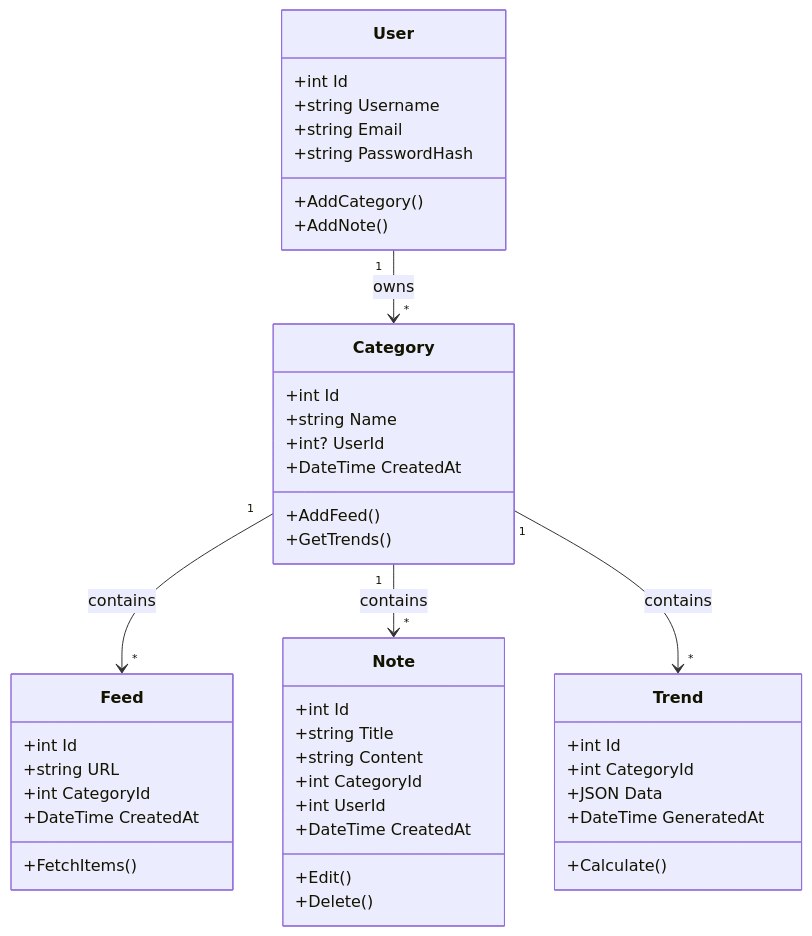
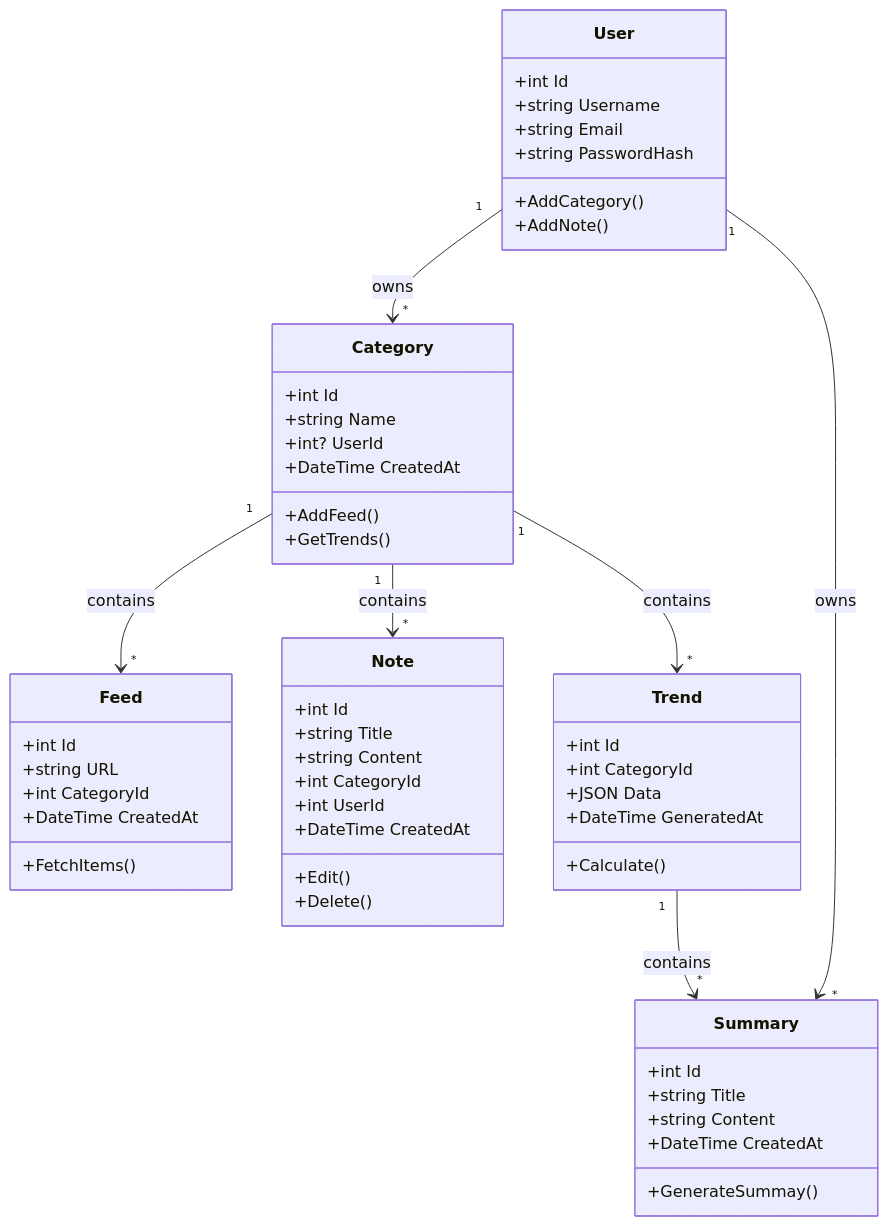
One commit to HexaNexus28/pulse-watch changed the diagram in diagramme.md. Above: the diagram before and after it, drawn with Mermaid. The commit also changed other lines of this file and 196 other files, not shown here.

````diff
--- a/diagramme.md
+++ b/diagramme.md
@@ -1,52 +1,61 @@
 ```mermaid
 classDiagram
     class User {
         +int Id
         +string Username
         +string Email
         +string PasswordHash
         +AddCategory()
         +AddNote()
     }
 
     class Category {
         +int Id
         +string Name
         +int? UserId
         +DateTime CreatedAt
         +AddFeed()
         +GetTrends()
     }
 
     class Feed {
         +int Id
         +string URL
         +int CategoryId
         +DateTime CreatedAt
         +FetchItems()
     }
 
     class Note {
         +int Id
         +string Title
         +string Content
         +int CategoryId
         +int UserId
         +DateTime CreatedAt
         +Edit()
         +Delete()
     }
 
     class Trend {
         +int Id
         +int CategoryId
         +JSON Data
         +DateTime GeneratedAt
         +Calculate()
     }
+class Summary  {
+        +int Id
+        +string Title
+        +string Content
+        +DateTime CreatedAt
+        +GenerateSummay()
+    }
 
     User "1" --> "*" Category : owns
+    Trend  "1" --> "*" Summary : contains
+    User "1" --> "*" Summary : owns
     Category "1" --> "*" Feed : contains
     Category "1" --> "*" Note : contains
     Category "1" --> "*" Trend : contains
 ```
````
